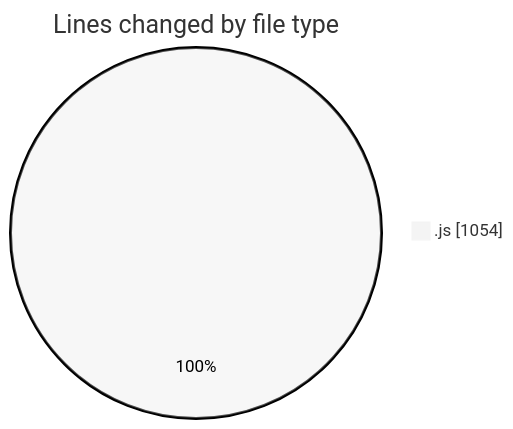
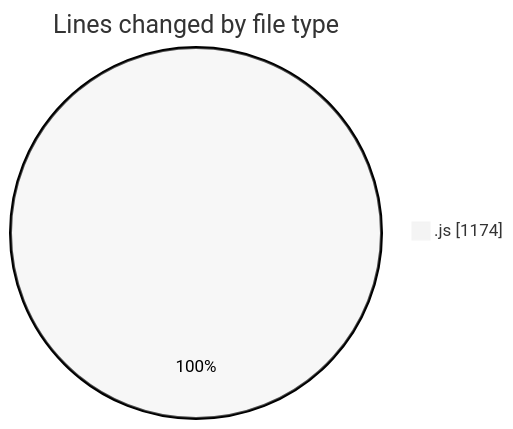
The first of 2 diagrams in 2026-02-04/cda/README.md (momahboobian/code-tracking), drawn with Mermaid (neutral theme) before and after one commit. The commit also changed other lines of this file and 1 other file, not shown here.

````diff
--- a/2026-02-04/cda/README.md
+++ b/2026-02-04/cda/README.md
@@ -20,5 +20,5 @@
 ```mermaid
 pie showData
 title Lines changed by file type
-".js" : 1054
+".js" : 1174
 ```
````
